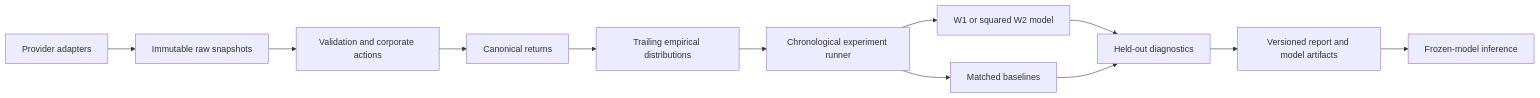
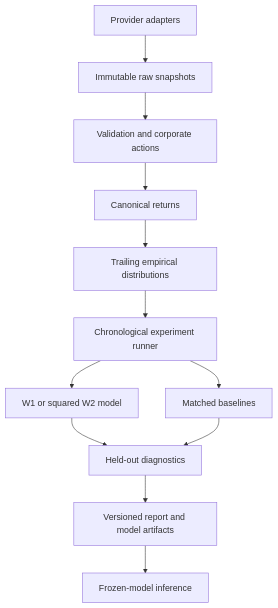
Before and after one commit to kenchengkc/wasserstein-regimes: the diagram in docs/design.md, drawn with Mermaid. The commit also changed 9 other files, not shown here.

````diff
--- a/docs/design.md
+++ b/docs/design.md
@@ -63,14 +63,14 @@
 ```mermaid
-flowchart LR
+flowchart TD
     A[Provider adapters] --> B[Immutable raw snapshots]
     B --> C[Validation and corporate actions]
     C --> D[Canonical returns]
     D --> E[Trailing empirical distributions]
     E --> F[Chronological experiment runner]
     F --> G[W1 or squared W2 model]
     F --> H[Matched baselines]
     G --> I[Held-out diagnostics]
     H --> I
     I --> J[Versioned report and model artifacts]
     J --> K[Frozen-model inference]
 ```
````
